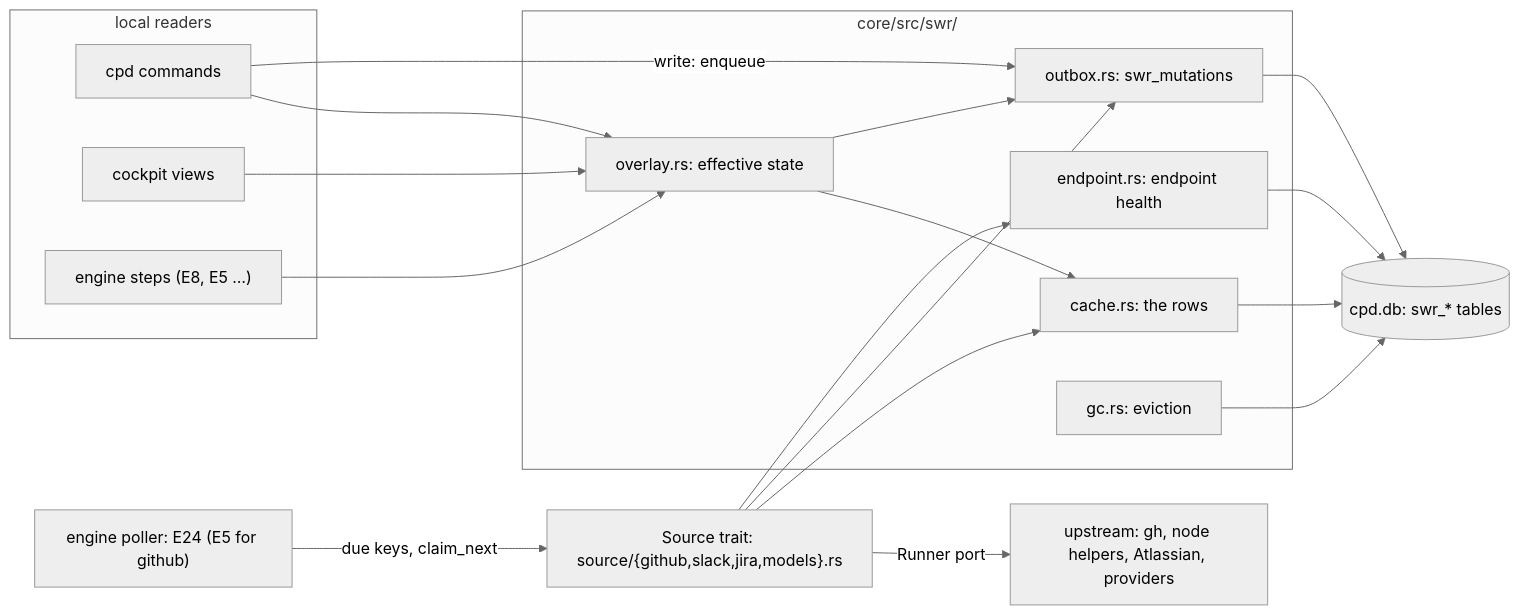
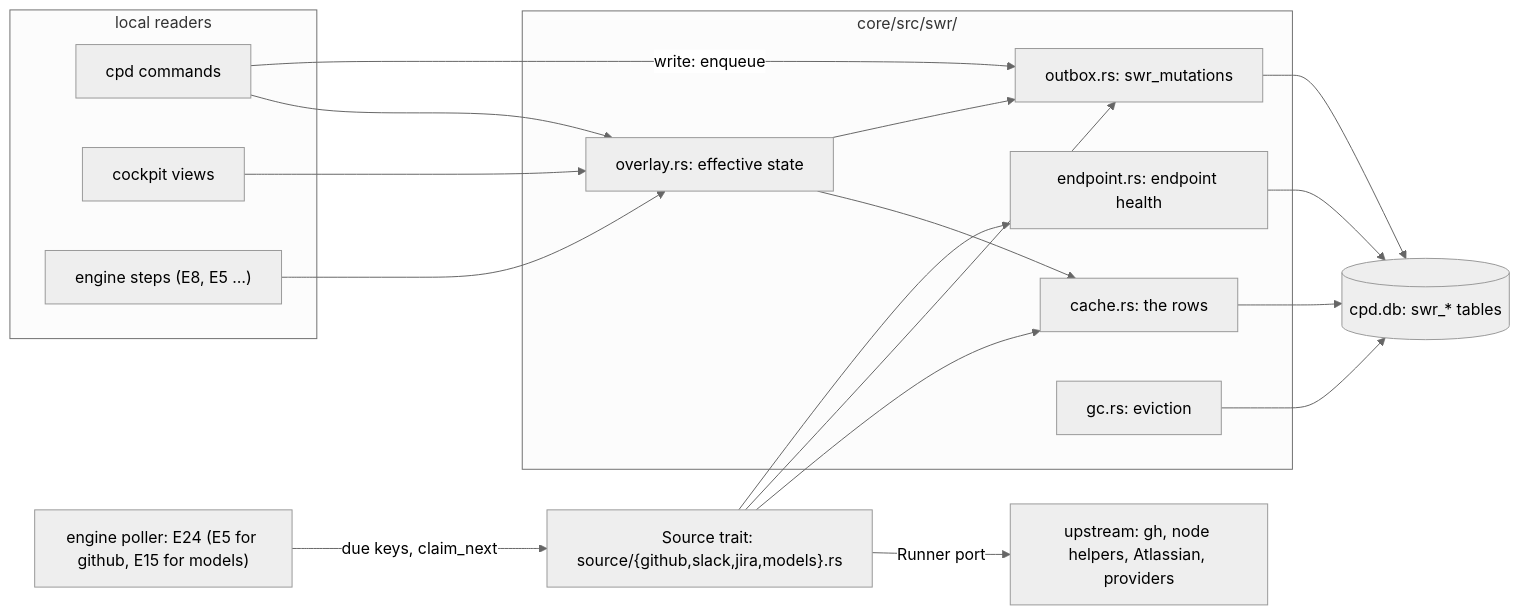
Before and after one commit to clayton-duarte/cpd: the first of 2 diagrams in docs/architecture/swr.md, drawn with Mermaid (neutral theme). The commit also changed other lines of this file, not shown here.

Commit message:
swr: E15 runs the models source (E24 excludes models); models rows and endpoints

````diff
--- a/docs/architecture/swr.md
+++ b/docs/architecture/swr.md
@@ -17,37 +17,37 @@
 ```mermaid
 flowchart LR
   subgraph READERS["local readers"]
     CLI["cpd commands"]
     TUI["cockpit views"]
     STEPS["engine steps (E8, E5 …)"]
   end
 
   subgraph SWR["core/src/swr/"]
     CACHE["cache.rs: the rows"]
     OVL["overlay.rs: effective state"]
     OUT["outbox.rs: swr_mutations"]
     EP["endpoint.rs: endpoint health"]
     GC["gc.rs: eviction"]
   end
 
   DB[("cpd.db: swr_* tables")]
-  POLL["engine poller: E24 (E5 for github)"]
+  POLL["engine poller: E24 (E5 for github, E15 for models)"]
   SRC["Source trait: source/{github,slack,jira,models}.rs"]
   UP["upstream: gh, node helpers, Atlassian, providers"]
 
   CLI --> OVL
   TUI --> OVL
   STEPS --> OVL
   OVL --> CACHE
   OVL --> OUT
   CLI -->|"write: enqueue"| OUT
   POLL -->|"due keys, claim_next"| SRC
   SRC -->|"Runner port"| UP
   SRC --> CACHE
   SRC --> OUT
   SRC --> EP
   CACHE --> DB
   OUT --> DB
   EP --> DB
   GC --> DB
 ```
````
